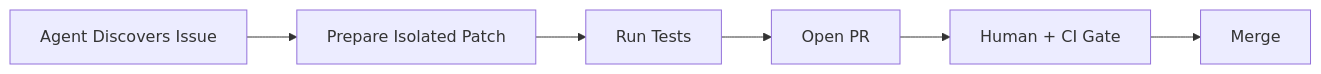
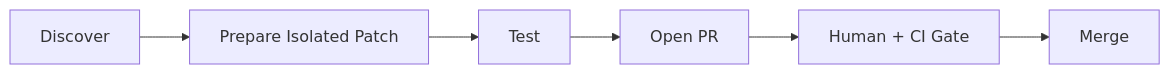
Before and after one commit to indigofeather/harness-book: the ninth of 10 diagrams in docs/applications/workflows.md, drawn with Mermaid. The commit also changed other lines of this file and 48 other files, not shown here.

````diff
--- a/docs/applications/workflows.md
+++ b/docs/applications/workflows.md
@@ -297,8 +197,8 @@
 ```mermaid
 flowchart LR
-  D[Agent Discovers Issue] --> P[Prepare Isolated Patch]
-  P --> T[Run Tests]
+  D[Discover] --> P[Prepare Isolated Patch]
+  P --> T[Test]
   T --> PR[Open PR]
   PR --> G[Human + CI Gate]
   G --> M[Merge]
 ```
````
